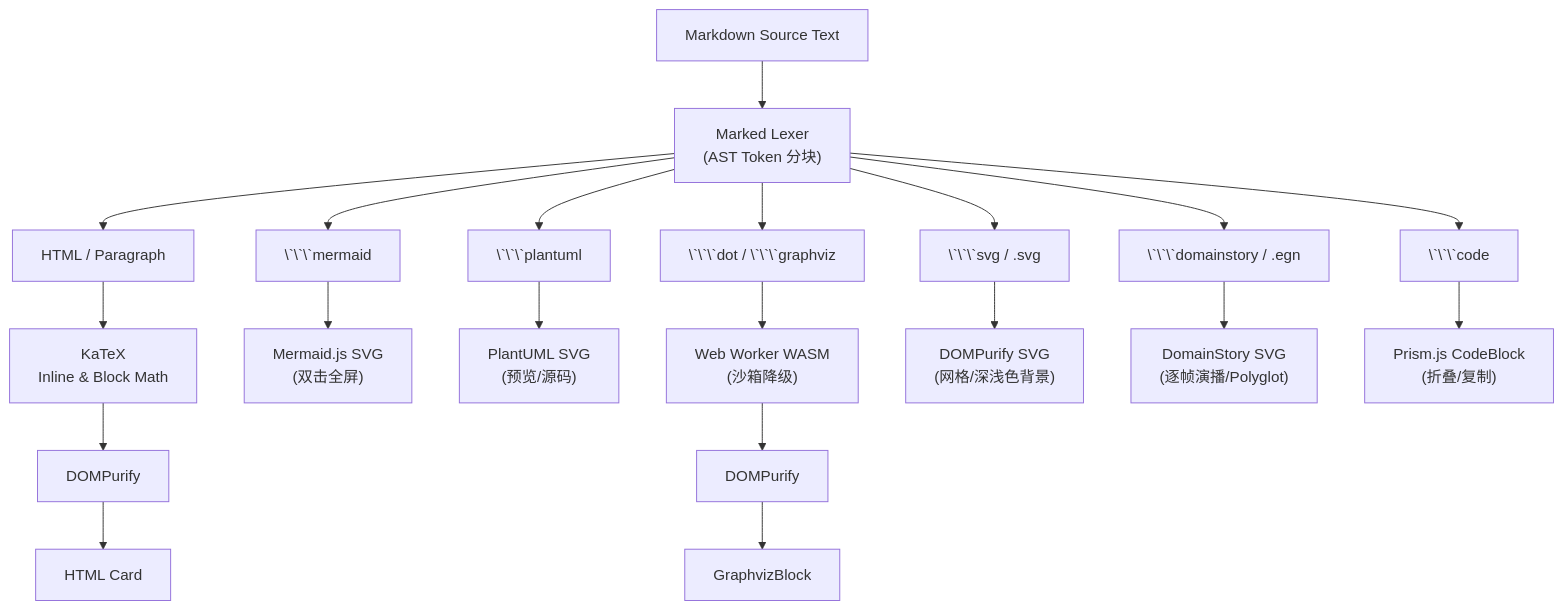
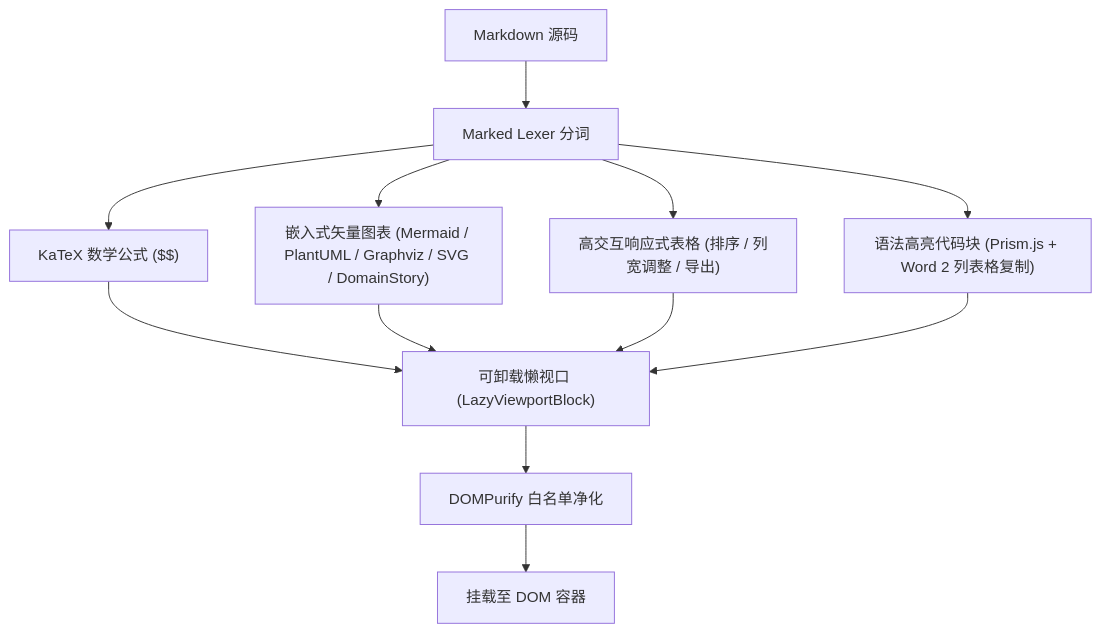
The fifth of 6 diagrams in docs/architecture.md (fsyyzz/OmniView-Open), drawn with Mermaid before and after one commit. The commit also changed other lines of this file and 63 other files, not shown here.

````diff
--- a/docs/architecture.md
+++ b/docs/architecture.md
@@ -59,27 +148,12 @@
 ```mermaid
 flowchart TD
-    Src["Markdown Source Text"]
-    Lex["Marked Lexer<br/>(AST Token 分块)"]
-    Src --> Lex
-
-    Lex --> HTML["HTML / Paragraph"]
-    Lex --> Mm["\`\`\`mermaid"]
-    Lex --> PU["\`\`\`plantuml"]
-    Lex --> GV["\`\`\`dot / \`\`\`graphviz"]
-    Lex --> SVG["\`\`\`svg / .svg"]
-    Lex --> DS["\`\`\`domainstory / .egn"]
-    Lex --> Code["\`\`\`code"]
-
-    HTML --> K["KaTeX<br/>Inline & Block Math"]
-    K --> DP1["DOMPurify"]
-    DP1 --> Card["HTML Card"]
-
-    Mm --> MmR["Mermaid.js SVG<br/>(双击全屏)"]
-    PU --> PUR["PlantUML SVG<br/>(预览/源码)"]
-    GV --> GVW["Web Worker WASM<br/>(沙箱降级)"]
-    GVW --> DP2["DOMPurify"]
-    DP2 --> GVB["GraphvizBlock"]
-    SVG --> SVGDP["DOMPurify SVG<br/>(网格/深浅色背景)"]
-    DS --> DSR["DomainStory SVG<br/>(逐帧演播/Polyglot)"]
-    Code --> PC["Prism.js CodeBlock<br/>(折叠/复制)"]
+    Src["Markdown 源码"] --> Lex["Marked Lexer 分词"]
+    Lex --> B1["KaTeX 数学公式 ($$)"]
+    Lex --> B2["嵌入式矢量图表 (Mermaid / PlantUML / Graphviz / SVG / DomainStory)"]
+    Lex --> B3["高交互响应式表格 (排序 / 列宽调整 / 导出)"]
+    Lex --> B4["语法高亮代码块 (Prism.js + Word 2 列表格复制)"]
+    
+    B1 & B2 & B3 & B4 --> Lazy["可卸载懒视口 (LazyViewportBlock)"]
+    Lazy --> Sanitize["DOMPurify 白名单净化"]
+    Sanitize --> View["挂载至 DOM 容器"]
 ```
````
